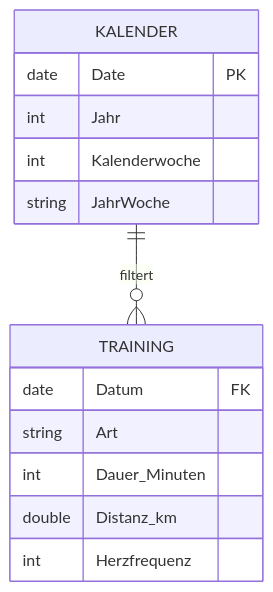
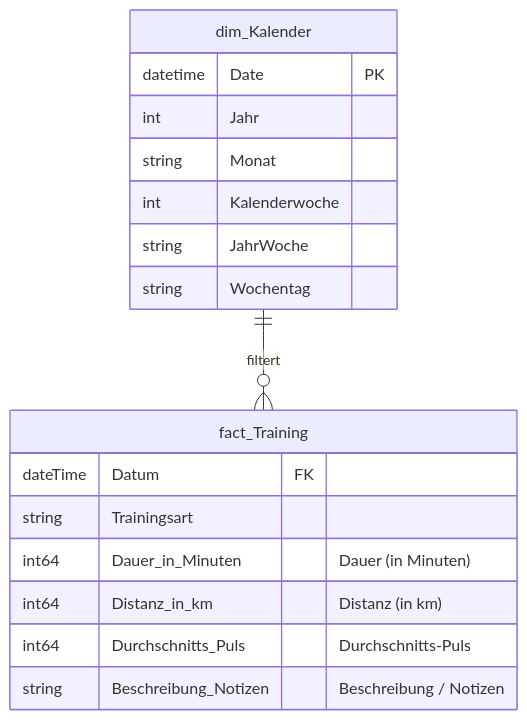
Before and after one commit to AndreasTraut/Personal-Fitness-BI: the diagram in docs/03_datenmodell.md, drawn with Mermaid. The commit also changed other lines of this file and 4 other files, not shown here.

````diff
--- a/docs/03_datenmodell.md
+++ b/docs/03_datenmodell.md
@@ -10,20 +11,22 @@
 ```mermaid
 erDiagram
-    KALENDER ||--o{ TRAINING : "filtert"
+    dim_Kalender ||--o{ fact_Training : "filtert"
     
-    KALENDER {
-        date Date PK
+    dim_Kalender {
+        datetime Date PK
         int Jahr
+        string Monat
         int Kalenderwoche
         string JahrWoche
+        string Wochentag
     }
 
-    TRAINING {
-        date Datum FK
-        string Art
-        int Dauer_Minuten
-        double Distanz_km
-        int Herzfrequenz
+    fact_Training {
+        dateTime Datum FK
+        string Trainingsart
+        int64 Dauer_in_Minuten "Dauer (in Minuten)"
+        int64 Distanz_in_km "Distanz (in km)"
+        int64 Durchschnitts_Puls "Durchschnitts-Puls"
+        string Beschreibung_Notizen "Beschreibung / Notizen"
     }
-    
 ```
````
